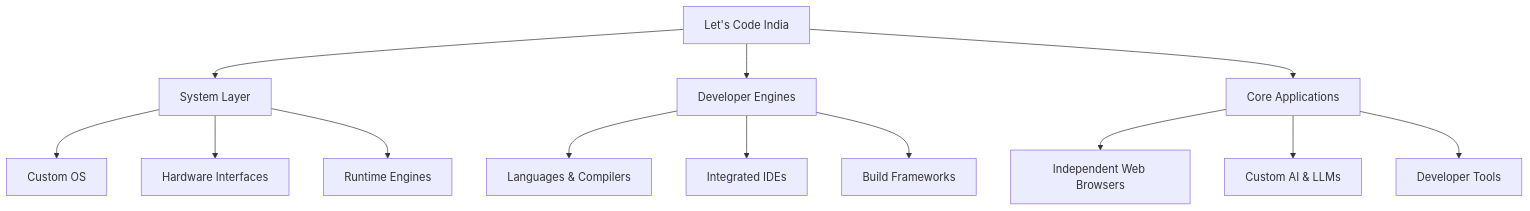
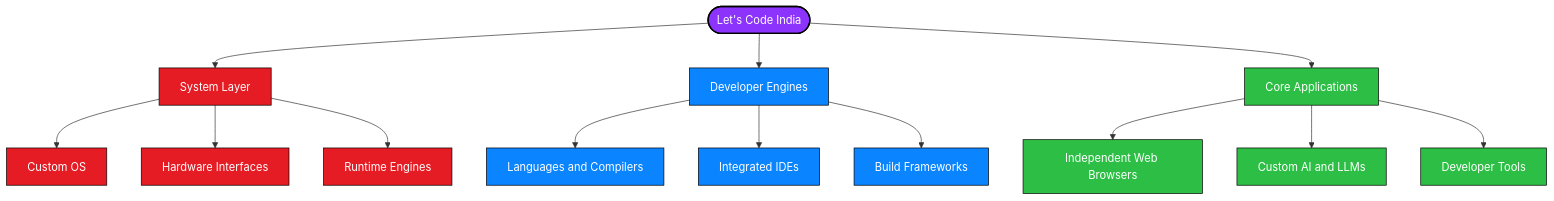
The diagram in profile/README.md (Let-s-Code-India/.github), drawn with Mermaid before and after one commit. The commit also changed other lines of this file, not shown here.

````diff
--- a/profile/README.md
+++ b/profile/README.md
@@ -27,18 +53,27 @@
 ```mermaid
 graph TD
-    A["Let's Code India"] --> B[System Layer]
-    A --> C[Developer Engines]
-    A --> D[Core Applications]
+    A(["Let's Code India"]) --> B["System Layer"]
+    A --> C["Developer Engines"]
+    A --> D["Core Applications"]
 
-    B --> B1[Custom OS]
-    B --> B2[Hardware Interfaces]
-    B --> B3[Runtime Engines]
+    B --> B1["Custom OS"]
+    B --> B2["Hardware Interfaces"]
+    B --> B3["Runtime Engines"]
 
-    C --> C1[Languages & Compilers]
-    C --> C2[Integrated IDEs]
-    C --> C3[Build Frameworks]
+    C --> C1["Languages and Compilers"]
+    C --> C2["Integrated IDEs"]
+    C --> C3["Build Frameworks"]
 
-    D --> D1[Independent Web Browsers]
-    D --> D2[Custom AI & LLMs]
-    D --> D3[Developer Tools]
+    D --> D1["Independent Web Browsers"]
+    D --> D2["Custom AI and LLMs"]
+    D --> D3["Developer Tools"]
+
+    classDef root fill:#8C33FD,stroke:#000,color:#fff,stroke-width:2px;
+    classDef sys fill:#E61C24,stroke:#000,color:#fff;
+    classDef dev fill:#0B84FF,stroke:#000,color:#fff;
+    classDef app fill:#2DBF45,stroke:#000,color:#fff;
+    class A root;
+    class B,B1,B2,B3 sys;
+    class C,C1,C2,C3 dev;
+    class D,D1,D2,D3 app;
 ```
````
